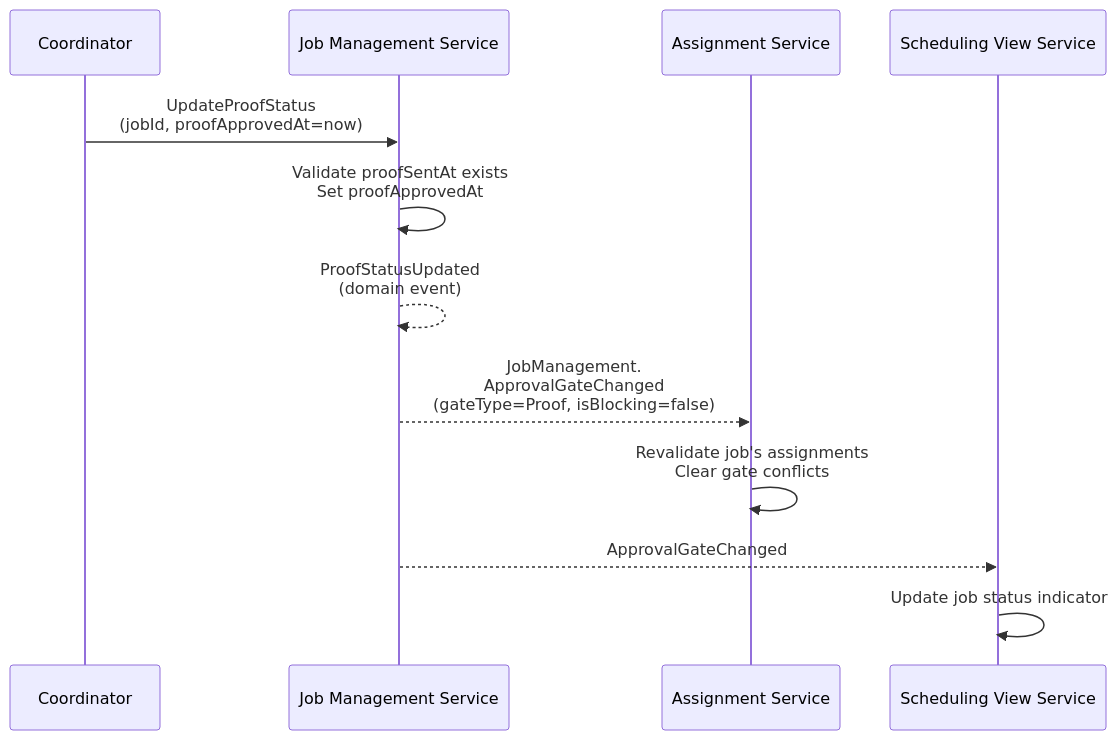
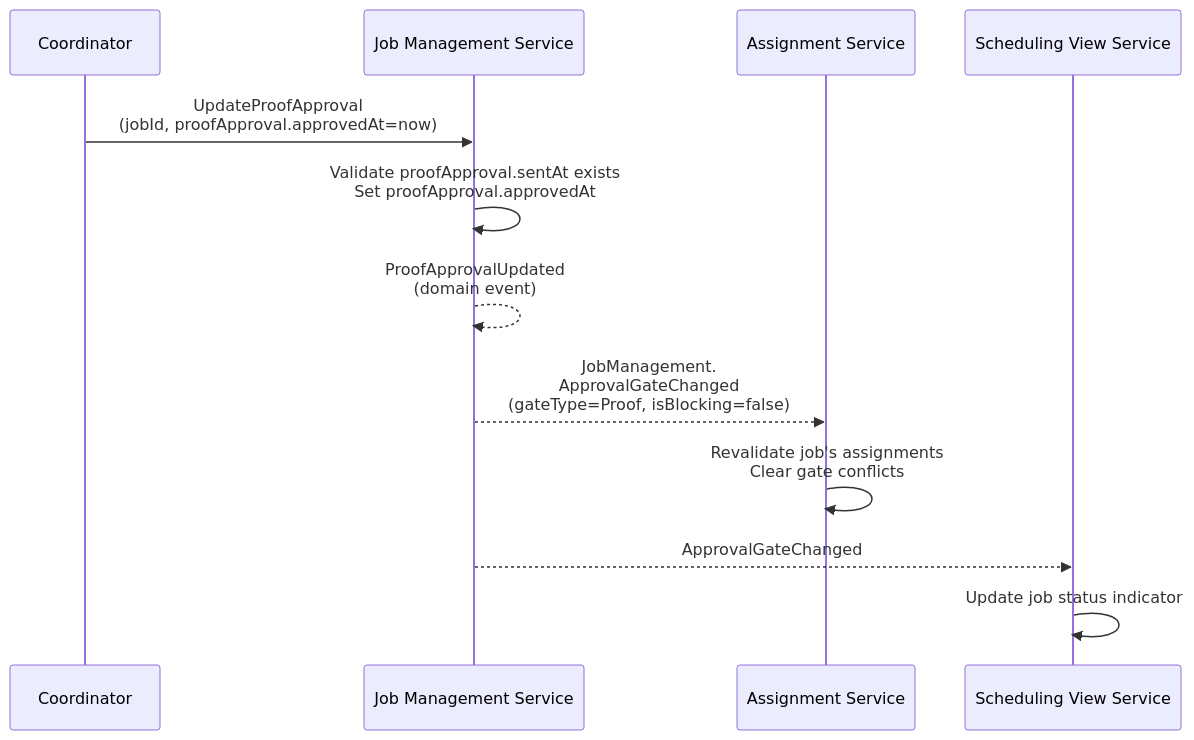
One commit to ikadar/ewlin changed the third of 11 diagrams in docs/architecture/sequence-design.md. Above: the diagram before and after it, drawn with Mermaid. The commit also changed other lines of this file and 539 other files, not shown here.

````diff
--- a/docs/architecture/sequence-design.md
+++ b/docs/architecture/sequence-design.md
@@ -193,15 +193,15 @@
 ```mermaid
 sequenceDiagram
     participant Coordinator
     participant Job as Job Management Service
     participant Assignment as Assignment Service
     participant View as Scheduling View Service
 
-    Coordinator->>Job: UpdateProofStatus<br>(jobId, proofApprovedAt=now)
-    Job->>Job: Validate proofSentAt exists<br>Set proofApprovedAt
-    Job-->>Job: ProofStatusUpdated<br>(domain event)
+    Coordinator->>Job: UpdateProofApproval<br>(jobId, proofApproval.approvedAt=now)
+    Job->>Job: Validate proofApproval.sentAt exists<br>Set proofApproval.approvedAt
+    Job-->>Job: ProofApprovalUpdated<br>(domain event)
     Job-->>Assignment: JobManagement.<br>ApprovalGateChanged<br>(gateType=Proof, isBlocking=false)
     Assignment->>Assignment: Revalidate job's assignments<br>Clear gate conflicts
     Job-->>View: ApprovalGateChanged
     View->>View: Update job status indicator
 ```
````
